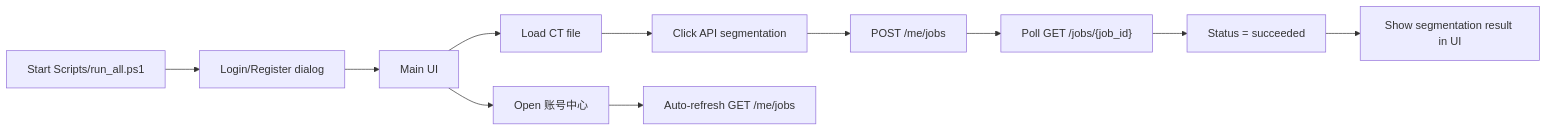
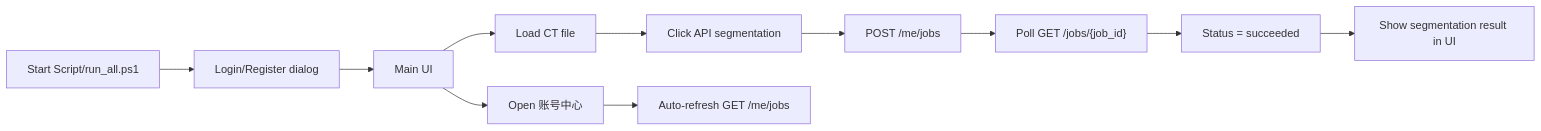
Before and after one commit to Ansel-Yu22/3DLiverTumorSegmentation: the diagram in README.md, drawn with Mermaid. The commit also changed other lines of this file and 2 other files, not shown here.

Commit message:
refactor: rename Scripts directory to Script

````diff
--- a/README.md
+++ b/README.md
@@ -45,13 +45,13 @@
 ```mermaid
 flowchart LR
-  A["Start Scripts/run_all.ps1"] --> B["Login/Register dialog"]
+  A["Start Script/run_all.ps1"] --> B["Login/Register dialog"]
   B --> C["Main UI"]
   C --> D["Load CT file"]
   D --> E["Click API segmentation"]
   E --> F["POST /me/jobs"]
   F --> G["Poll GET /jobs/{job_id}"]
   G --> H["Status = succeeded"]
   H --> I["Show segmentation result in UI"]
   C --> J["Open 账号中心"]
   J --> K["Auto-refresh GET /me/jobs"]
 ```
````
